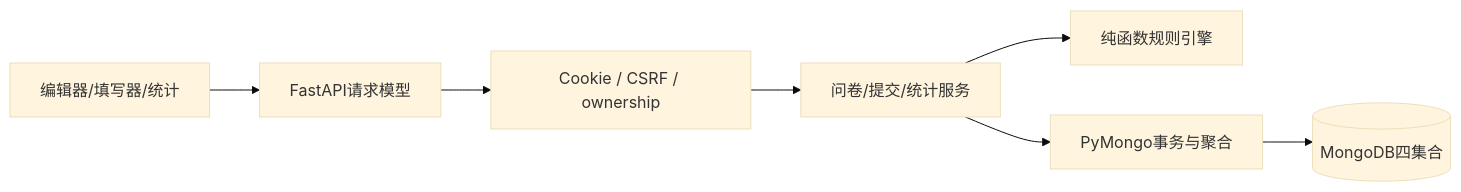
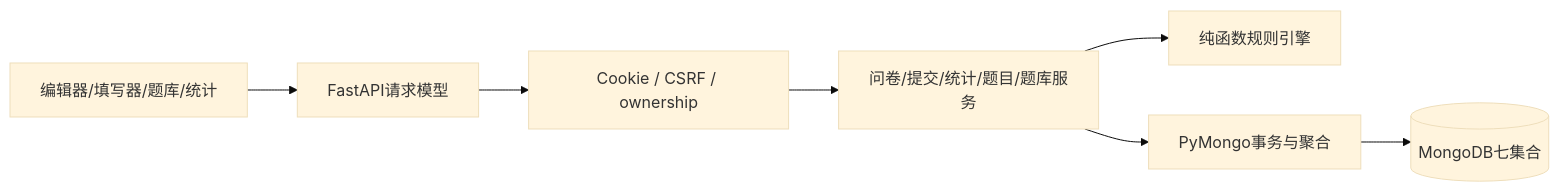
Before and after one commit to Luli3220/Dase_DataBase_Porject_I: the diagram in docs/system-design.md, drawn with Mermaid (base theme). The commit also changed other lines of this file and 107 other files, not shown here.

````diff
--- a/docs/system-design.md
+++ b/docs/system-design.md
@@ -5,9 +5,9 @@
 ```mermaid
 flowchart LR
- UI[编辑器/填写器/统计] --> API[FastAPI请求模型]
+ UI[编辑器/填写器/题库/统计] --> API[FastAPI请求模型]
  API --> AUTH[Cookie / CSRF / ownership]
- AUTH --> SVC[问卷/提交/统计服务]
+ AUTH --> SVC[问卷/提交/统计/题目/题库服务]
  SVC --> RULES[纯函数规则引擎]
  SVC --> DB[PyMongo事务与聚合]
- DB --> M[(MongoDB四集合)]
+ DB --> M[(MongoDB七集合)]
 ```
````
